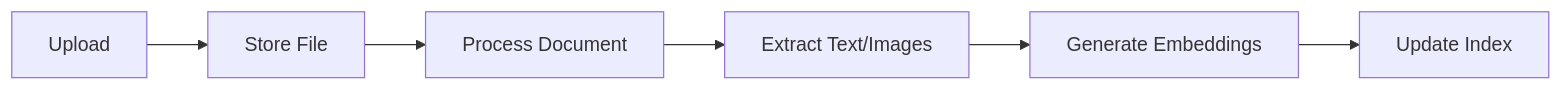
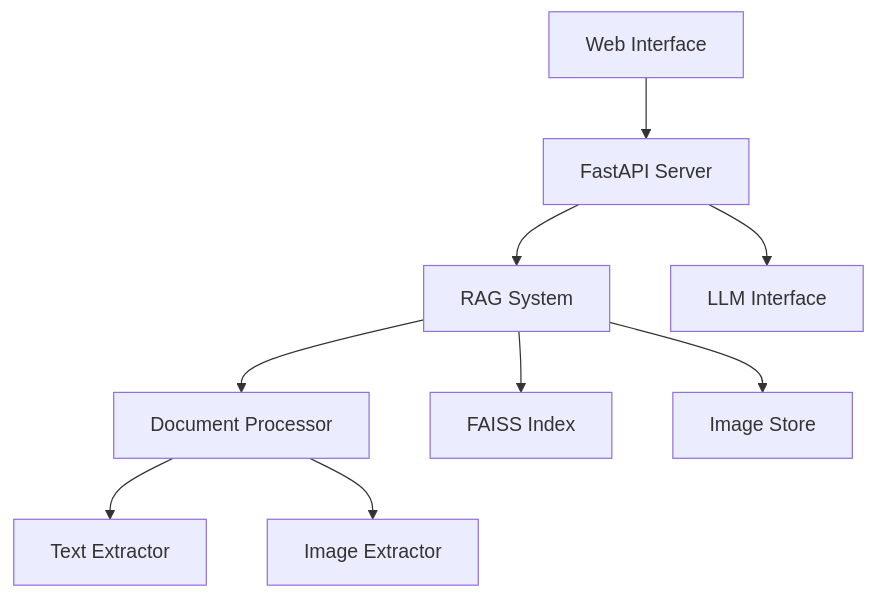
Before and after one commit to kertser/Atlantium_LLM: the first of 3 diagrams in docs/technical-reference.md, drawn with Mermaid. The commit also changed other lines of this file and 4 other files, not shown here.

````diff
--- a/docs/technical-reference.md
+++ b/docs/technical-reference.md
@@ -171,8 +9,11 @@
 ```mermaid
-graph LR
-    A[Upload] --> B[Store File]
-    B --> C[Process Document]
-    C --> D[Extract Text/Images]
-    D --> E[Generate Embeddings]
-    E --> F[Update Index]
+graph TD
+    A[Web Interface] --> B[FastAPI Server]
+    B --> C[RAG System]
+    C --> D[Document Processor]
+    C --> E[FAISS Index]
+    C --> F[Image Store]
+    B --> G[LLM Interface]
+    D --> H[Text Extractor]
+    D --> I[Image Extractor]
 ```
````
